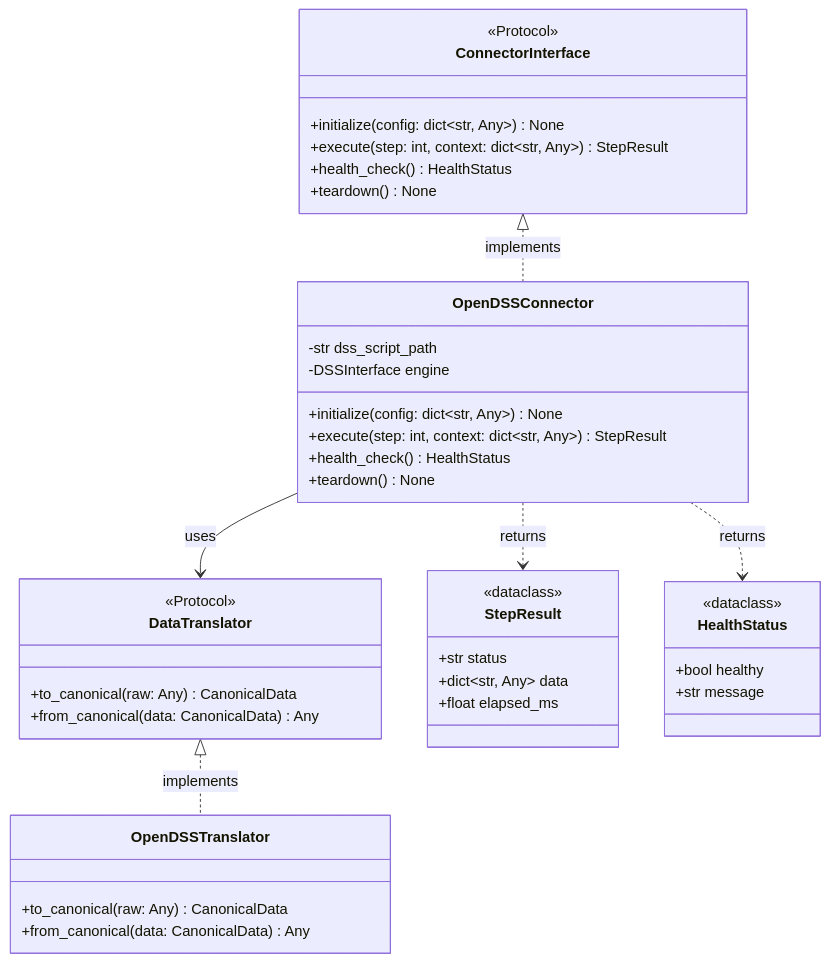
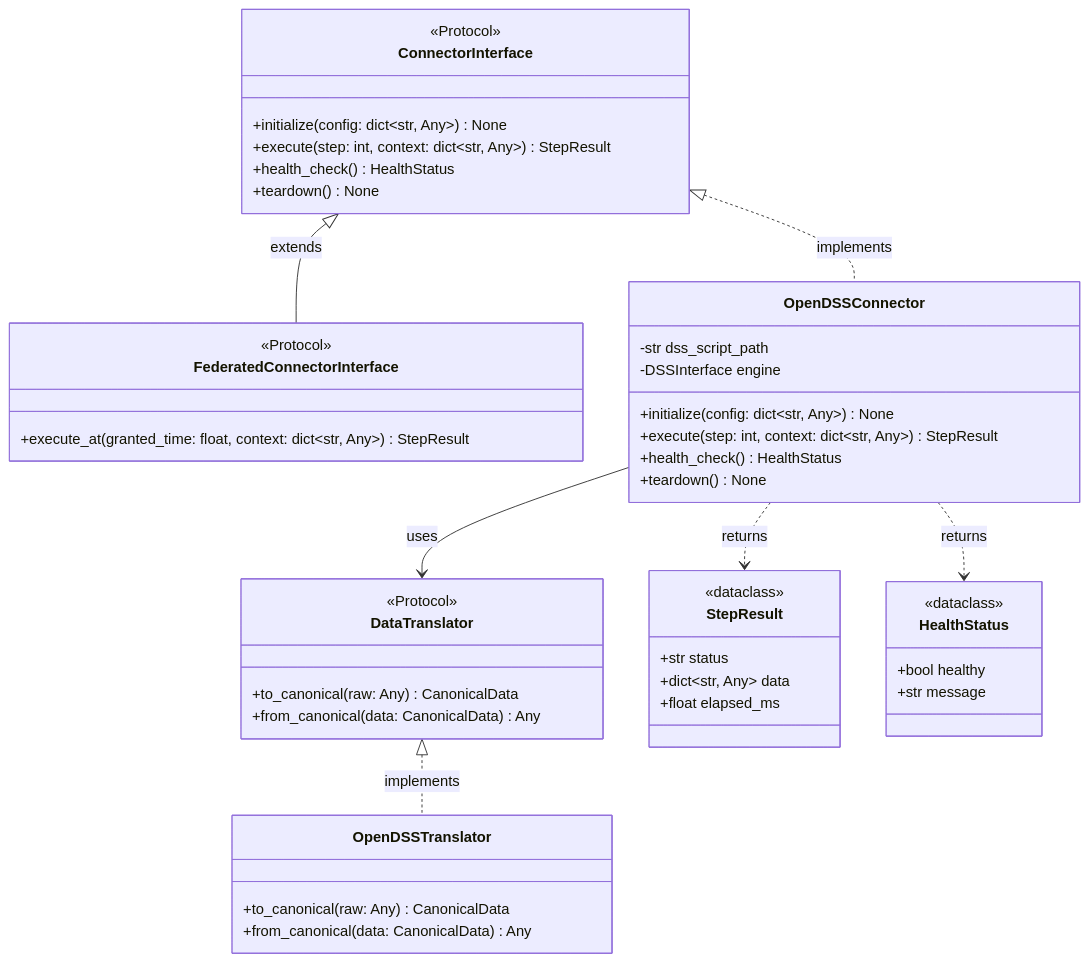
Before and after one commit to bottlenome/gridflow: the third of 4 diagrams in docs/detailed_design/03b_usecase_classes.md, drawn with Mermaid. The commit also changed other lines of this file and 7 other files, not shown here.

````diff
--- a/docs/detailed_design/03b_usecase_classes.md
+++ b/docs/detailed_design/03b_usecase_classes.md
@@ -163,49 +255,55 @@
 ```mermaid
 classDiagram
     class ConnectorInterface {
         <<Protocol>>
         +initialize(config: dict~str, Any~) None
         +execute(step: int, context: dict~str, Any~) StepResult
         +health_check() HealthStatus
         +teardown() None
+    }
+
+    class FederatedConnectorInterface {
+        <<Protocol>>
+        +execute_at(granted_time: float, context: dict~str, Any~) StepResult
     }
 
     class OpenDSSConnector {
         -str dss_script_path
         -DSSInterface engine
         +initialize(config: dict~str, Any~) None
         +execute(step: int, context: dict~str, Any~) StepResult
         +health_check() HealthStatus
         +teardown() None
     }
 
     class DataTranslator {
         <<Protocol>>
         +to_canonical(raw: Any) CanonicalData
         +from_canonical(data: CanonicalData) Any
     }
 
     class OpenDSSTranslator {
         +to_canonical(raw: Any) CanonicalData
         +from_canonical(data: CanonicalData) Any
     }
 
     class StepResult {
         <<dataclass>>
         +str status
         +dict~str, Any~ data
         +float elapsed_ms
     }
 
     class HealthStatus {
         <<dataclass>>
         +bool healthy
         +str message
     }
 
+    ConnectorInterface <|-- FederatedConnectorInterface : extends
     ConnectorInterface <|.. OpenDSSConnector : implements
     DataTranslator <|.. OpenDSSTranslator : implements
     OpenDSSConnector --> DataTranslator : uses
     OpenDSSConnector ..> StepResult : returns
     OpenDSSConnector ..> HealthStatus : returns
 ```
````
